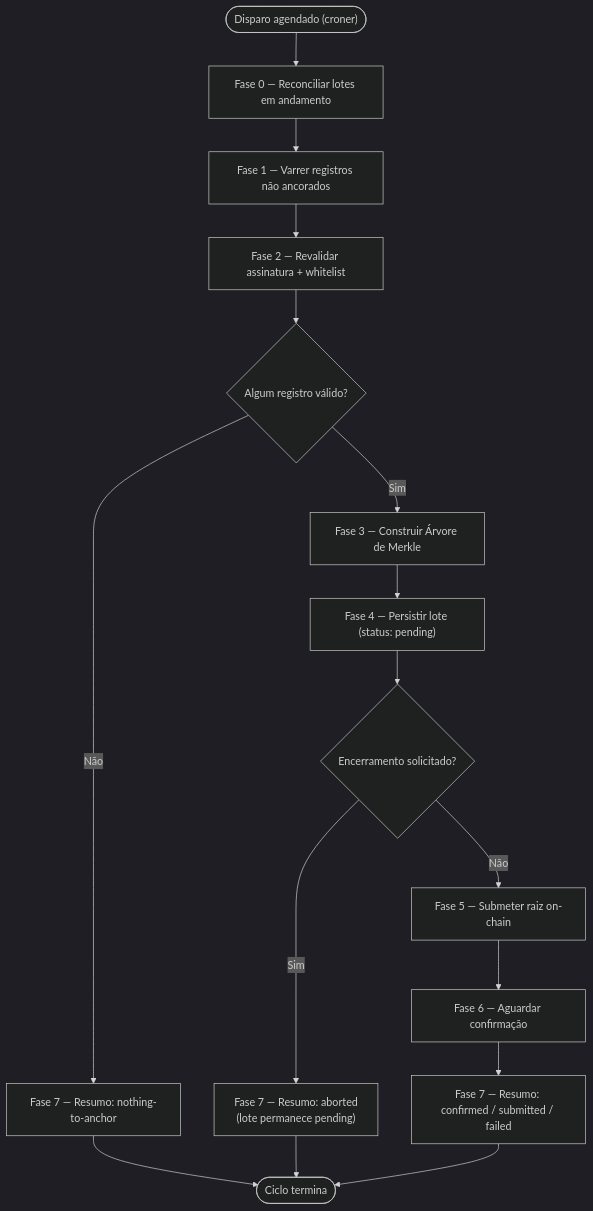
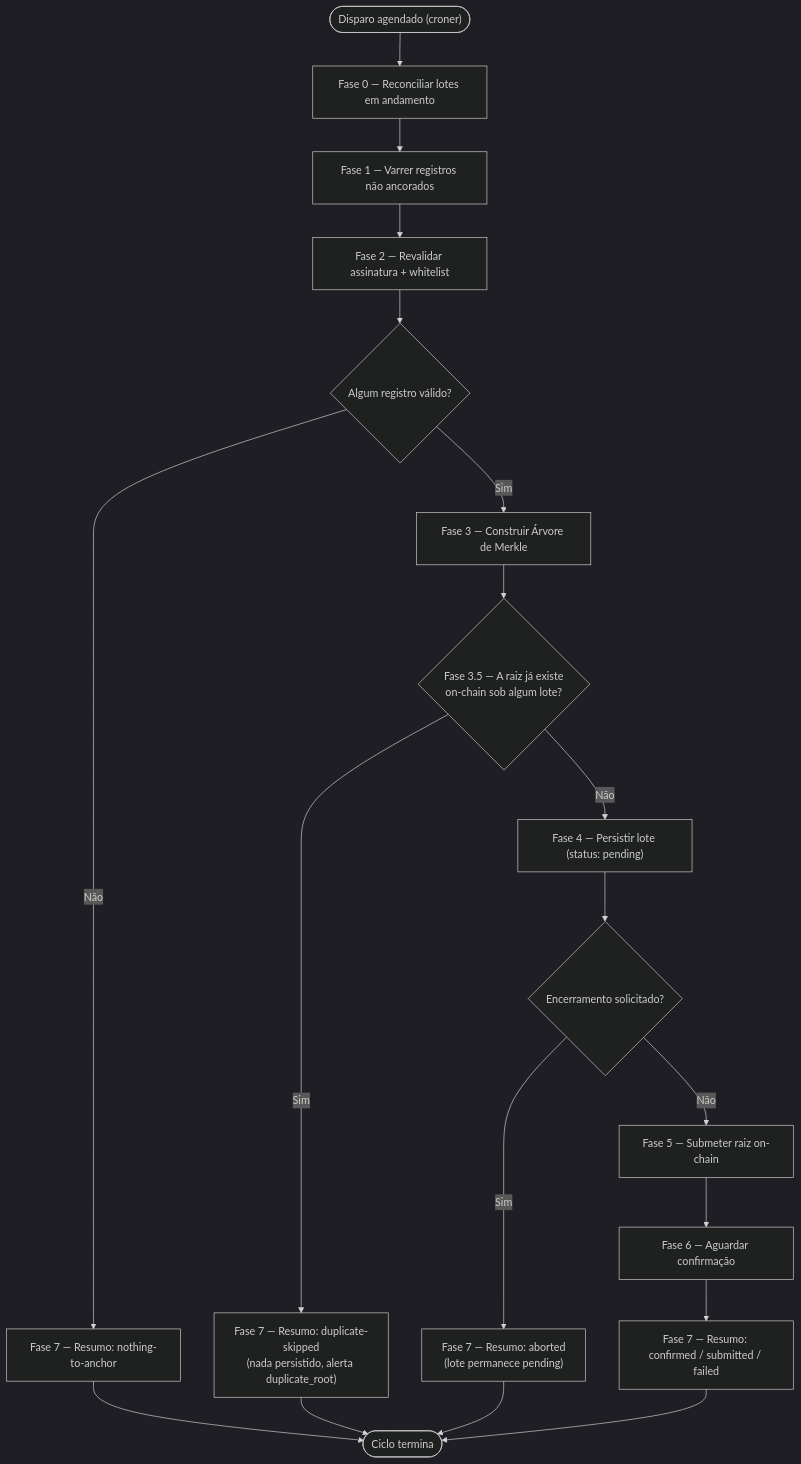
The diagram in docs/pt-br/ANCHOR_SERVICE_EXECUTION_CYCLE.md (DanielCorbellini/madis), drawn with Mermaid (dark theme) before and after one commit. The commit also changed other lines of this file and 6 other files, not shown here.

Commit message:
docs: bring the anchor, monitor and architecture docs up to date with the code (en and pt-br)

````diff
--- a/docs/pt-br/ANCHOR_SERVICE_EXECUTION_CYCLE.md
+++ b/docs/pt-br/ANCHOR_SERVICE_EXECUTION_CYCLE.md
@@ -52,18 +54,21 @@
 ```mermaid
 flowchart TD
     Start(["Disparo agendado (croner)"]) --> P0["Fase 0 — Reconciliar lotes em andamento"]
     P0 --> P1["Fase 1 — Varrer registros não ancorados"]
     P1 --> P2["Fase 2 — Revalidar assinatura + whitelist"]
     P2 --> D1{"Algum registro válido?"}
     D1 -- Não --> S1["Fase 7 — Resumo: nothing-to-anchor"]
     D1 -- Sim --> P3["Fase 3 — Construir Árvore de Merkle"]
-    P3 --> P4["Fase 4 — Persistir lote (status: pending)"]
+    P3 --> D3{"Fase 3.5 — A raiz já existe<br/>on-chain sob algum lote?"}
+    D3 -- Sim --> S4["Fase 7 — Resumo: duplicate-skipped<br/>(nada persistido, alerta duplicate_root)"]
+    D3 -- Não --> P4["Fase 4 — Persistir lote (status: pending)"]
     P4 --> D2{"Encerramento solicitado?"}
     D2 -- Sim --> S2["Fase 7 — Resumo: aborted<br/>(lote permanece pending)"]
     D2 -- Não --> P5["Fase 5 — Submeter raiz on-chain"]
     P5 --> P6["Fase 6 — Aguardar confirmação"]
     P6 --> S3["Fase 7 — Resumo: confirmed / submitted / failed"]
     S1 --> End(["Ciclo termina"])
+    S4 --> End
     S2 --> End
     S3 --> End
 ```
````
